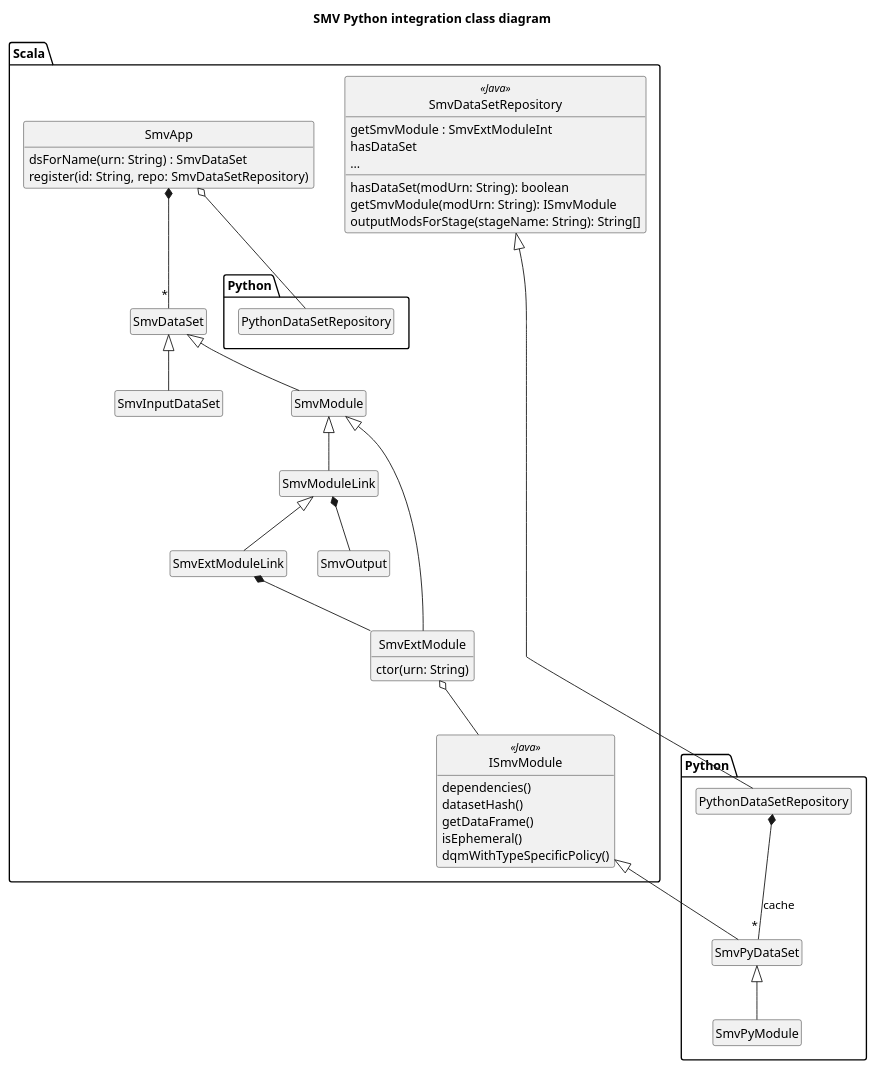
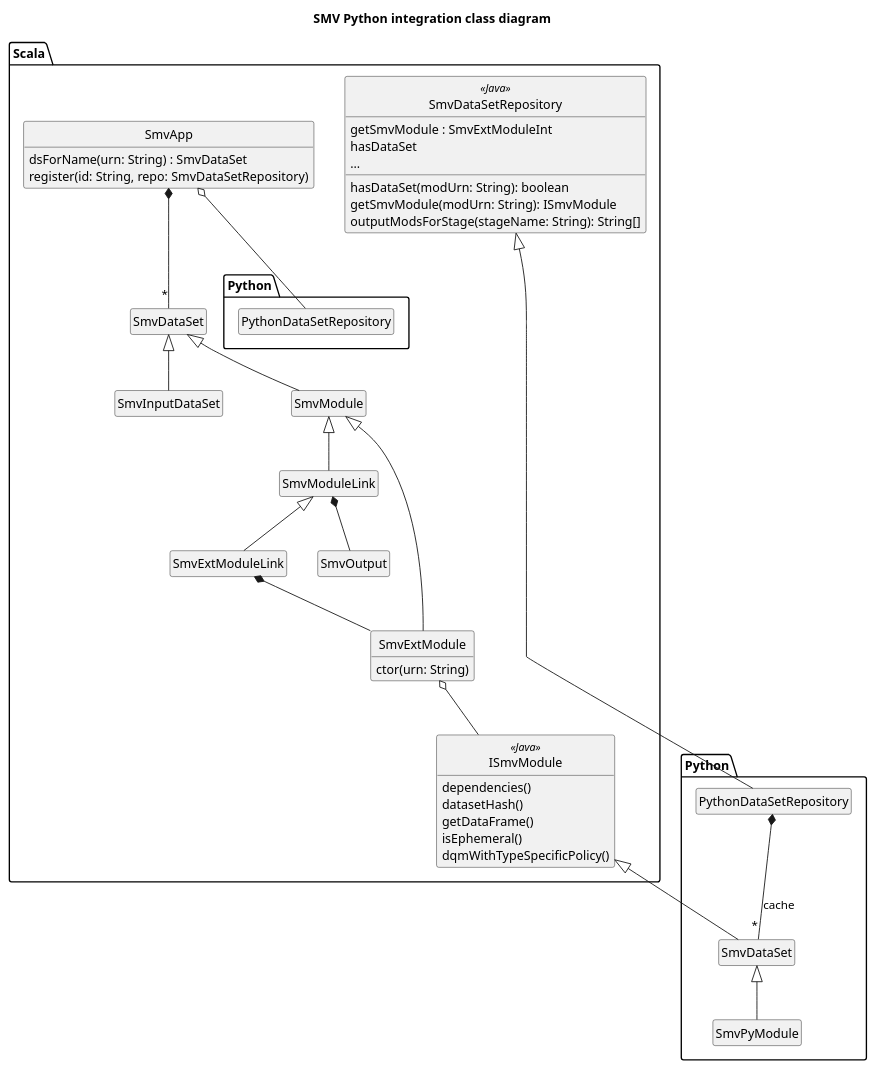
The diagram in docs/dev/Python/py_api_class.puml (TresAmigosSD/SMV), drawn with PlantUML before and after one commit. The commit also changed 5 other files, not shown here.

Commit message:
rename SmvPyDataSet to SmvDataSet (#744)

```diff
--- a/docs/dev/Python/py_api_class.puml
+++ b/docs/dev/Python/py_api_class.puml
@@ -1,62 +1,62 @@
 @startuml
 
 title SMV Python integration class diagram
 
 hide empty methods
 hide empty fields
 hide circle
 
 package Scala {
   class SmvApp {
     dsForName(urn: String) : SmvDataSet
     register(id: String, repo: SmvDataSetRepository)
   }
   class SmvDataSetRepository <<Java>> {
     hasDataSet(modUrn: String): boolean
     getSmvModule(modUrn: String): ISmvModule
     outputModsForStage(stageName: String): String[]
   }
   class SmvOutput
   class SmvDataSet
   class SmvInputDataSet extends SmvDataSet
   class Scala.ISmvModule <<Java>> {
     dependencies()
     datasetHash()
     getDataFrame()
     isEphemeral()
     dqmWithTypeSpecificPolicy()
   }
   class Scala.SmvDataSetRepository {
     getSmvModule : SmvExtModuleInt
     hasDataSet
     ...
   }
 
   SmvApp o-- Python.PythonDataSetRepository
   SmvApp *-- "*" SmvDataSet
 
   class SmvModuleLink extends SmvModule
   SmvModuleLink *-- SmvOutput
 
   class SmvModule extends SmvDataSet
 
   class SmvExtModule extends SmvModule {
     ctor(urn: String)
   }
   SmvExtModule o-- Scala.ISmvModule
 
   class SmvExtModuleLink extends SmvModuleLink
   SmvExtModuleLink *-- SmvExtModule
 }
 
 package Python {
 
   class PythonDataSetRepository extends Scala.SmvDataSetRepository
-  class SmvPyDataSet extends Scala.ISmvModule
+  class SmvDataSet extends Scala.ISmvModule
 
-  class SmvPyModule extends SmvPyDataSet
+  class SmvPyModule extends SmvDataSet
 
-  PythonDataSetRepository *-- "*" SmvPyDataSet : "cache"
+  PythonDataSetRepository *-- "*" SmvDataSet : "cache"
 }
 
 @enduml
```
